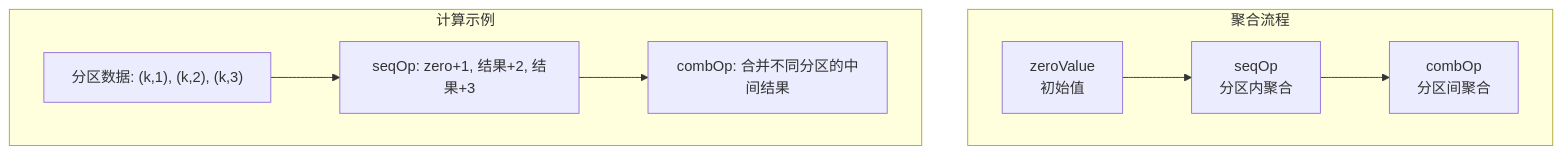
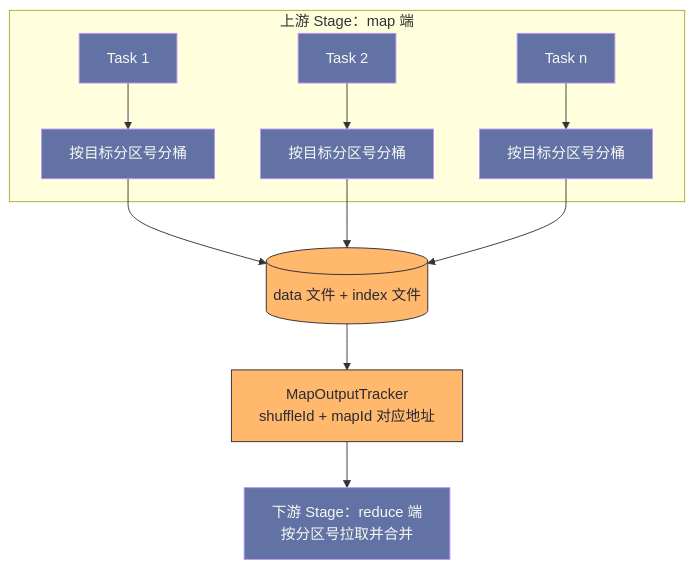
One commit to hpliStartAgain/my-brain changed the third of 6 diagrams in content/大数据/Spark/读书笔记-spark内核/01_核心概念与基础/3. Spark核心Transformation操作详解.md. Above: the diagram before and after it, drawn with Mermaid. The commit also changed other lines of this file and 259 other files, not shown here.

````diff
--- a/content/大数据/Spark/读书笔记-spark内核/01_核心概念与基础/3. Spark核心Transformation操作详解.md
+++ b/content/大数据/Spark/读书笔记-spark内核/01_核心概念与基础/3. Spark核心Transformation操作详解.md
@@ -458,19 +237,18 @@
 ```mermaid
+%%{init: {'theme': 'dracula'}}%%
 flowchart TD
-    subgraph "聚合流程"
-        A["zeroValue<br>初始值"]
-        B["seqOp<br>分区内聚合"]
-        C["combOp<br>分区间聚合"]
-        
-        A --> B
-        B --> C
+    subgraph UP["上游 Stage：map 端"]
+        M1["Task 1"] --> W1["按目标分区号分桶"]
+        M2["Task 2"] --> W2["按目标分区号分桶"]
+        M3["Task n"] --> W3["按目标分区号分桶"]
     end
-    
-    subgraph "计算示例"
-        D["分区数据: (k,1), (k,2), (k,3)"]
-        E["seqOp: zero+1, 结果+2, 结果+3"]
-        F["combOp: 合并不同分区的中间结果"]
-        
-        D --> E --> F
-    end
+    W1 --> F[("data 文件 + index 文件")]
+    W2 --> F
+    W3 --> F
+    F --> T["MapOutputTracker<br/>shuffleId + mapId 对应地址"]
+    T --> RD["下游 Stage：reduce 端<br/>按分区号拉取并合并"]
+    classDef store fill:#ffb86c,stroke:#282a36,color:#282a36
+    classDef flow fill:#6272a4,stroke:#bd93f9,color:#f8f8f2
+    class F,T store
+    class M1,M2,M3,W1,W2,W3,RD flow
 ```
````
